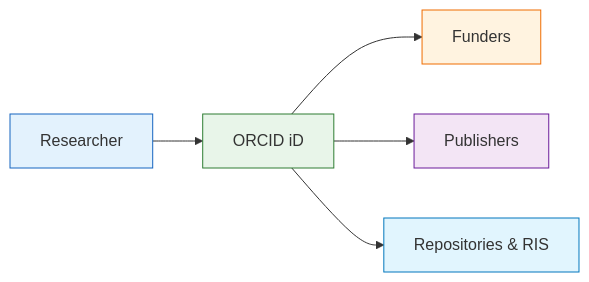
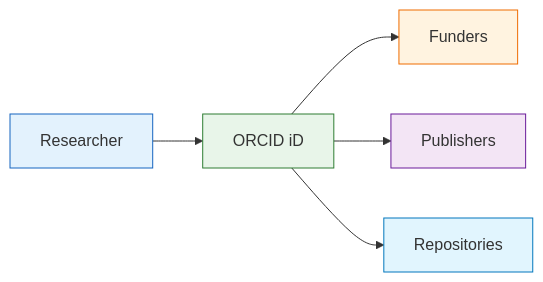
One commit to thomgiles/DSDSP changed the fifth of 9 diagrams in training_site/essential_digital_skills/episodes/01-digital_tools.qmd. Above: the diagram before and after it, drawn with Mermaid. The commit also changed other lines of this file and 2 other files, not shown here.

````diff
--- a/training_site/essential_digital_skills/episodes/01-digital_tools.qmd
+++ b/training_site/essential_digital_skills/episodes/01-digital_tools.qmd
@@ -416,11 +362,11 @@
 ```{mermaid}
 flowchart LR
     A["Researcher"]:::a --> B["ORCID iD"]:::b --> C["Funders"]:::c
     B --> D["Publishers"]:::d
-    B --> E["Repositories & RIS"]:::e
+    B --> E["Repositories"]:::e
     classDef a fill:#E3F2FD,stroke:#1565C0,stroke-width:1px
     classDef b fill:#E8F5E9,stroke:#2E7D32,stroke-width:1px
     classDef c fill:#FFF3E0,stroke:#EF6C00,stroke-width:1px
     classDef d fill:#F3E5F5,stroke:#6A1B9A,stroke-width:1px
     classDef e fill:#E1F5FE,stroke:#0277BD,stroke-width:1px
 ```
````
